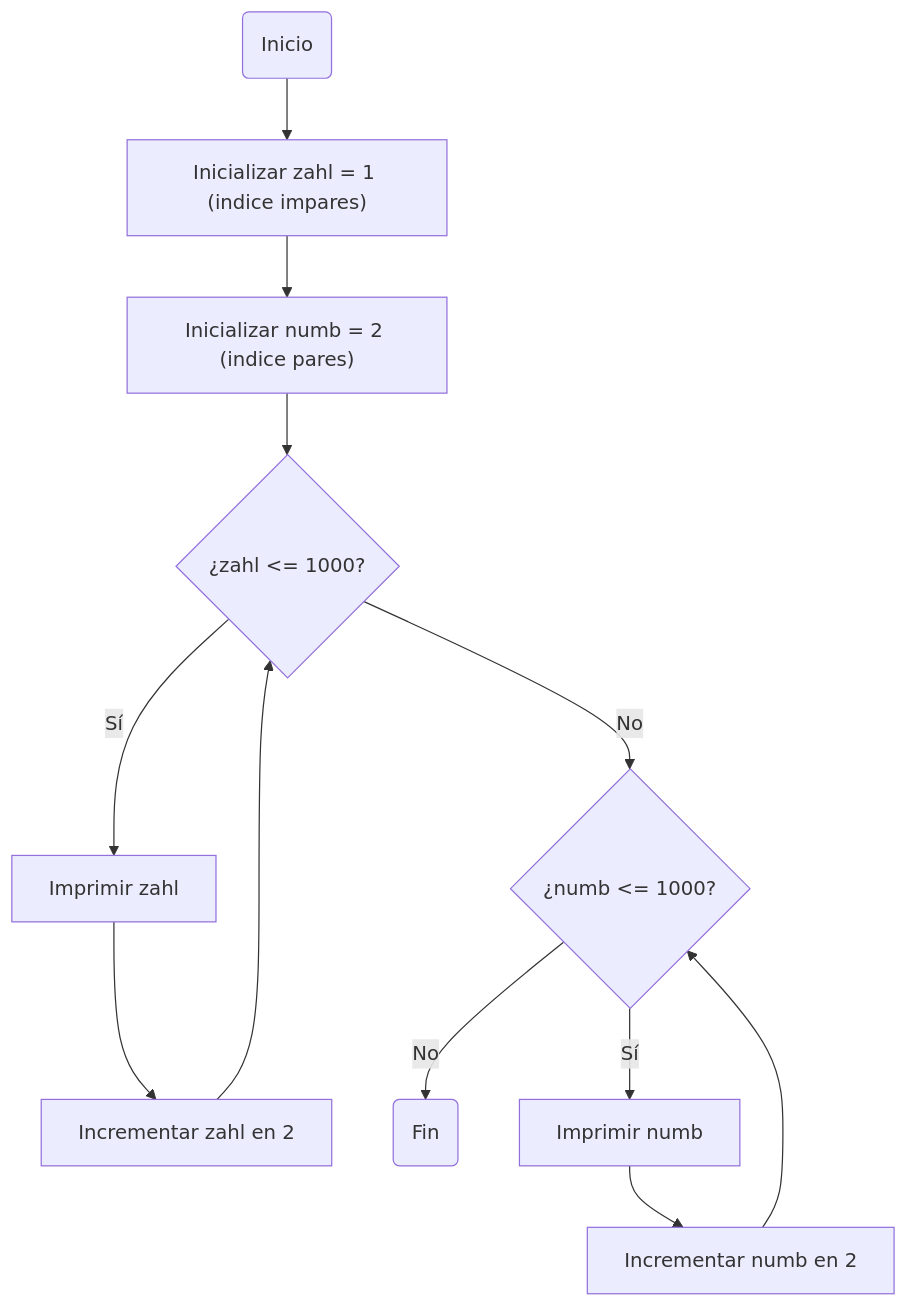
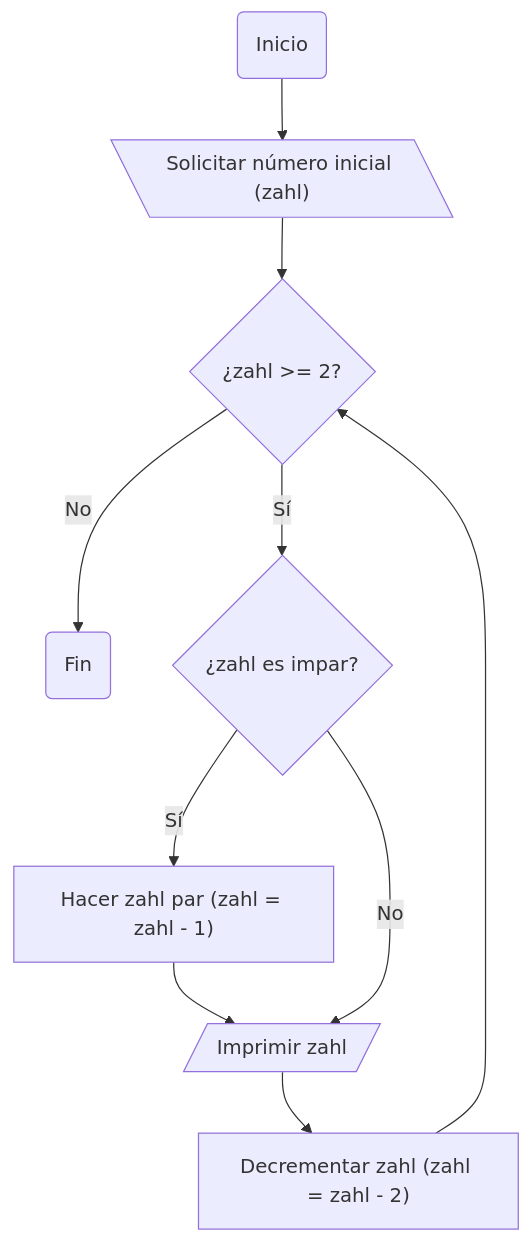
The third of 3 diagrams in README.md (JesusGarnica8684/Reto_6), drawn with Mermaid before and after one commit. The commit also changed other lines of this file, not shown here.

````diff
--- a/README.md
+++ b/README.md
@@ -62,17 +65,17 @@
 ```mermaid
 flowchart TD
-    A["Inicio"] --> B["Inicializar zahl = 1 (indice impares)"]
-    B --> C["Inicializar numb = 2 (indice pares)"]
-    C --> D{"¿zahl &lt;= 1000?"}
-    D -- Sí --> E["Imprimir zahl"]
-    E --> F["Incrementar zahl en 2"]
-    F --> D
-    D -- No --> G{"¿numb &lt;= 1000?"}
-    G -- No --> J["Fin"]
-    G -- Sí --> H["Imprimir numb"]
-    H --> I["Incrementar numb en 2"]
-    I --> G
+    A["Inicio"] --> B["Solicitar número inicial (zahl)"]
+    B --> C{"¿zahl >= 2?"}
+    C -- No --> D["Fin"]
+    C -- Sí --> E{"¿zahl es impar?"}
+    E -- Sí --> F["Hacer zahl par (zahl = zahl - 1)"]
+    F --> G["Imprimir zahl"]
+    E -- No --> G
+    G --> H["Decrementar zahl (zahl = zahl - 2)"]
+    H --> C
 
     A@{ shape: event}
-    J@{ shape: event}
+    B@{ shape: out-in}
+    D@{ shape: event}
+    G@{ shape: in-out}
 ```
````
